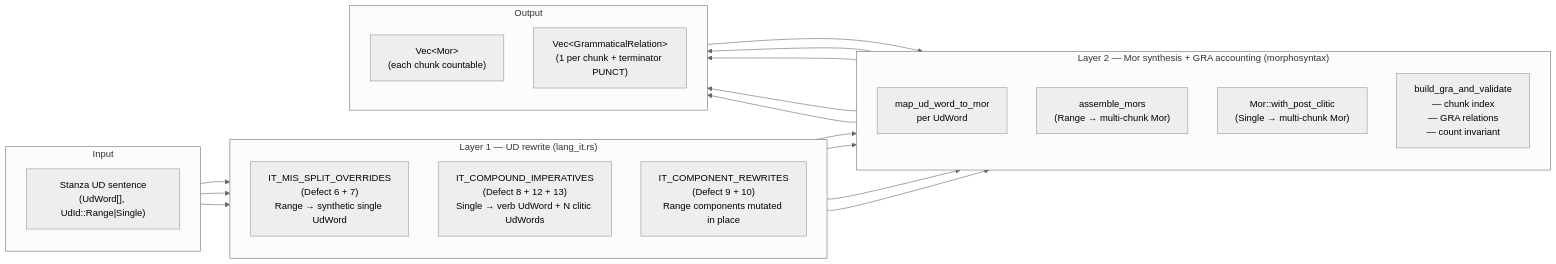
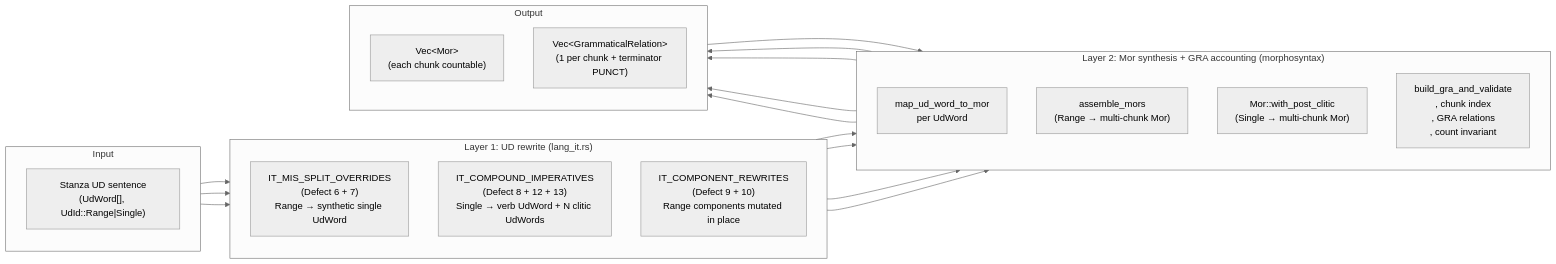
The second of 4 diagrams in book/src/batchalign/reference/languages/italian.md (TalkBank/talkbank-tools), drawn with Mermaid (neutral theme) before and after one commit. The commit also changed other lines of this file and 706 other files, not shown here.

````diff
--- a/book/src/batchalign/reference/languages/italian.md
+++ b/book/src/batchalign/reference/languages/italian.md
@@ -402,41 +402,41 @@
 ```mermaid
 flowchart LR
     subgraph Input
         direction TB
         Stanza["Stanza UD sentence<br/>(UdWord[], UdId::Range|Single)"]
     end
 
-    subgraph "Layer 1 — UD rewrite (lang_it.rs)"
+    subgraph "Layer 1: UD rewrite (lang_it.rs)"
         direction TB
         MisSplit["IT_MIS_SPLIT_OVERRIDES<br/>(Defect 6 + 7)<br/>Range → synthetic single UdWord"]
         Compound["IT_COMPOUND_IMPERATIVES<br/>(Defect 8 + 12 + 13)<br/>Single → verb UdWord + N clitic UdWords"]
         Component["IT_COMPONENT_REWRITES<br/>(Defect 9 + 10)<br/>Range components mutated in place"]
     end
 
-    subgraph "Layer 2 — Mor synthesis + GRA accounting (morphosyntax)"
+    subgraph "Layer 2: Mor synthesis + GRA accounting (morphosyntax)"
         direction TB
         MapWord["map_ud_word_to_mor<br/>per UdWord"]
         Assemble["assemble_mors<br/>(Range → multi-chunk Mor)"]
         WithClitic["Mor::with_post_clitic<br/>(Single → multi-chunk Mor)"]
-        BuildGra["build_gra_and_validate<br/>— chunk index<br/>— GRA relations<br/>— count invariant"]
+        BuildGra["build_gra_and_validate<br/>, chunk index<br/>, GRA relations<br/>, count invariant"]
     end
 
     subgraph Output
         direction TB
         Mors["Vec&lt;Mor&gt;<br/>(each chunk countable)"]
         Gras["Vec&lt;GrammaticalRelation&gt;<br/>(1 per chunk + terminator PUNCT)"]
     end
 
     Stanza --> MisSplit
     Stanza --> Compound
     Stanza --> Component
     MisSplit --> MapWord
     Compound --> MapWord
     Compound --> WithClitic
     Component --> Assemble
     MapWord --> Mors
     Assemble --> Mors
     WithClitic --> Mors
     Mors --> BuildGra
     BuildGra --> Gras
 ```
````
